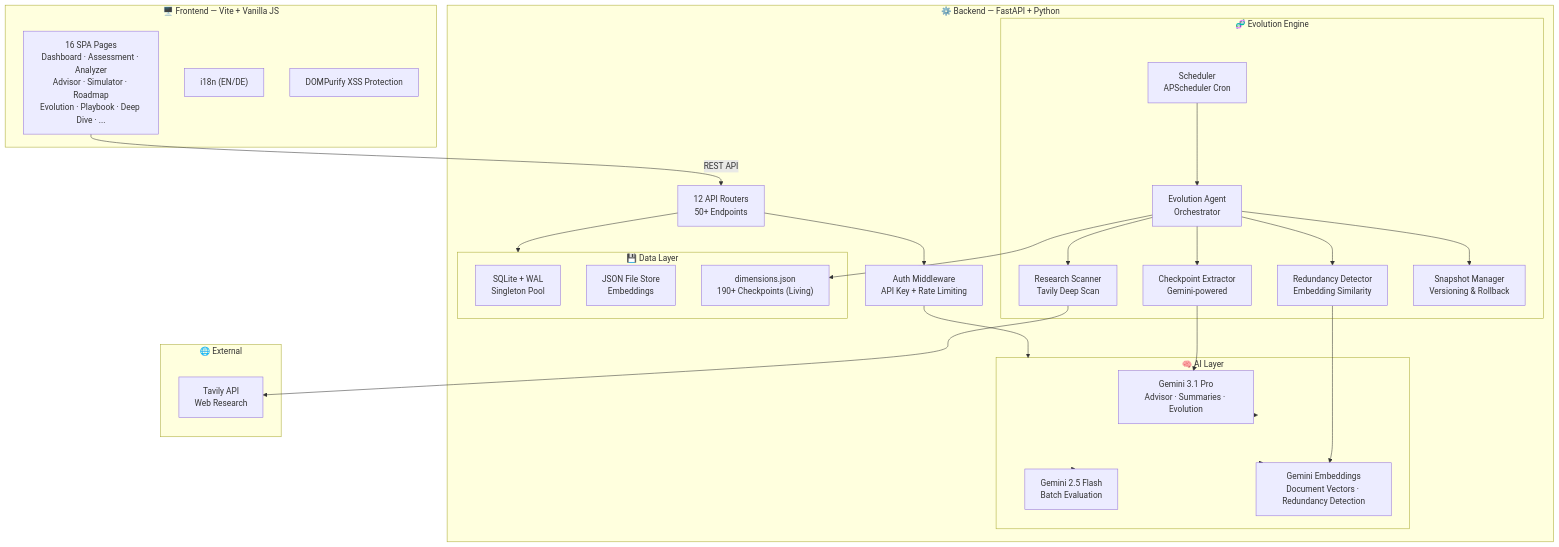
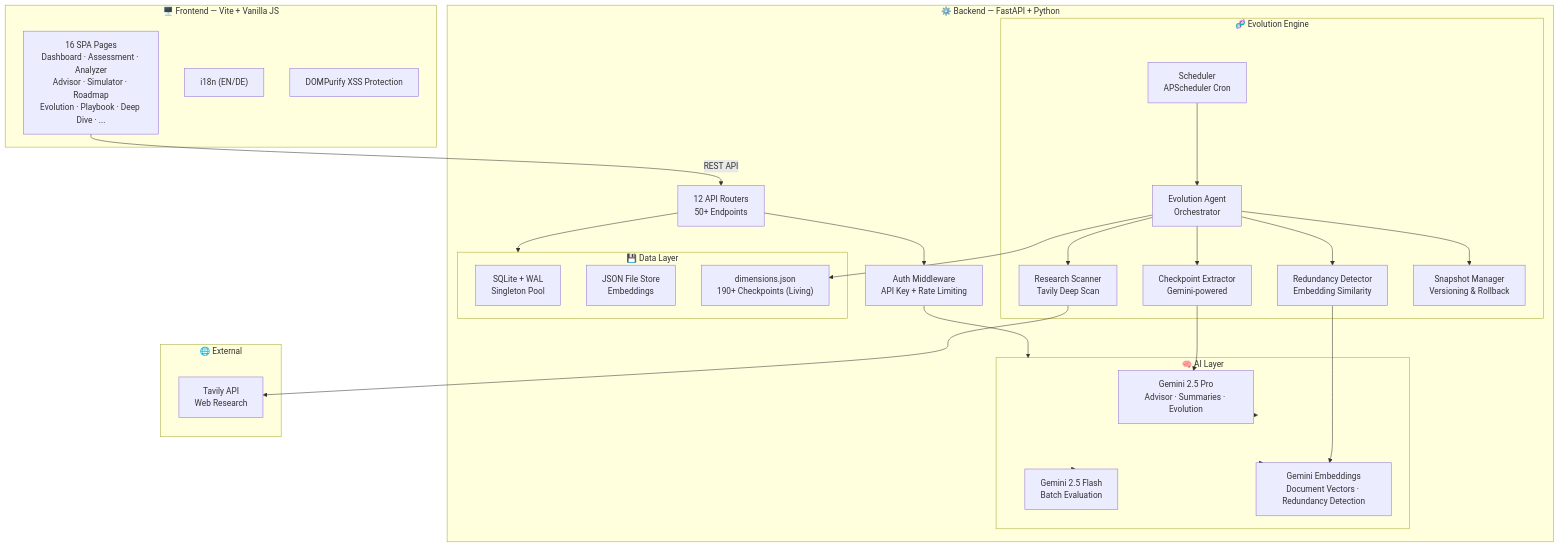
One commit to jonasarmbrust/AIStrategyHub changed the diagram in README.md. Above: the diagram before and after it, drawn with Mermaid. The commit also changed other lines of this file and 20 other files, not shown here.

````diff
--- a/README.md
+++ b/README.md
@@ -236,50 +236,50 @@
 ```mermaid
 graph TB
     subgraph Frontend["🖥️ Frontend — Vite + Vanilla JS"]
         FE_PAGES["16 SPA Pages<br/>Dashboard · Assessment · Analyzer<br/>Advisor · Simulator · Roadmap<br/>Evolution · Playbook · Deep Dive · ..."]
         FE_I18N["i18n (EN/DE)"]
         FE_SANITIZE["DOMPurify XSS Protection"]
     end
 
     subgraph Backend["⚙️ Backend — FastAPI + Python"]
         ROUTES["12 API Routers<br/>50+ Endpoints"]
         AUTH["Auth Middleware<br/>API Key + Rate Limiting"]
         
         subgraph AI["🧠 AI Layer"]
-            GEMINI_PRO["Gemini 3.1 Pro<br/>Advisor · Summaries · Evolution"]
+            GEMINI_PRO["Gemini 2.5 Pro<br/>Advisor · Summaries · Evolution"]
             GEMINI_FLASH["Gemini 2.5 Flash<br/>Batch Evaluation"]
             GEMINI_EMBED["Gemini Embeddings<br/>Document Vectors · Redundancy Detection"]
         end
 
         subgraph Evolution["🧬 Evolution Engine"]
             EVO_AGENT["Evolution Agent<br/>Orchestrator"]
             EVO_EXTRACT["Checkpoint Extractor<br/>Gemini-powered"]
             EVO_REDUNDANCY["Redundancy Detector<br/>Embedding Similarity"]
             EVO_SCANNER["Research Scanner<br/>Tavily Deep Scan"]
             EVO_SNAPSHOT["Snapshot Manager<br/>Versioning & Rollback"]
             EVO_SCHEDULER["Scheduler<br/>APScheduler Cron"]
         end
         
         subgraph Data["💾 Data Layer"]
             DB["SQLite + WAL<br/>Singleton Pool"]
             JSON_DB["JSON File Store<br/>Embeddings"]
             DIMS["dimensions.json<br/>190+ Checkpoints (Living)"]
         end
     end
 
     subgraph External["🌐 External"]
         TAVILY["Tavily API<br/>Web Research"]
     end
 
     FE_PAGES -->|REST API| ROUTES
     ROUTES --> AUTH
     AUTH --> AI
     ROUTES --> Data
     AI --> GEMINI_PRO & GEMINI_FLASH & GEMINI_EMBED
     EVO_AGENT --> EVO_EXTRACT & EVO_REDUNDANCY & EVO_SCANNER & EVO_SNAPSHOT
     EVO_SCHEDULER --> EVO_AGENT
     EVO_SCANNER --> TAVILY
     EVO_EXTRACT --> GEMINI_PRO
     EVO_REDUNDANCY --> GEMINI_EMBED
     EVO_AGENT --> DIMS
 ```
````
